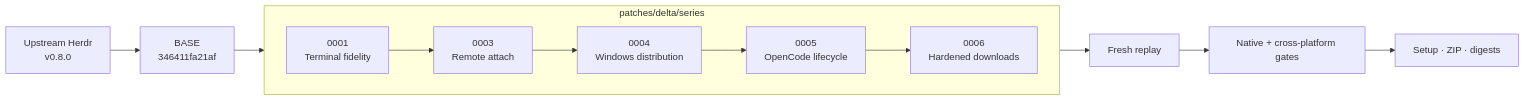
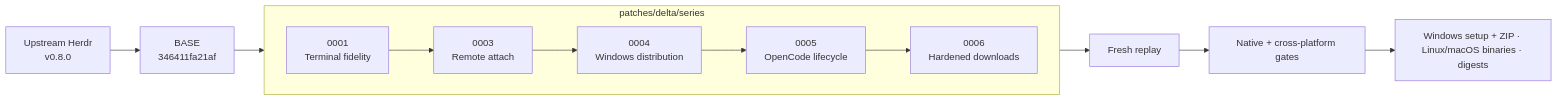
One commit to hdosys/herdr-win changed the diagram in README.md. Above: the diagram before and after it, drawn with Mermaid. The commit also changed other lines of this file and 2 other files, not shown here.

````diff
--- a/README.md
+++ b/README.md
@@ -50,17 +50,17 @@
 ```mermaid
 flowchart LR
     U["Upstream Herdr<br/>v0.8.0"] --> B["BASE<br/>346411fa21af"]
 
     subgraph Q["patches/delta/series"]
         direction LR
         P1["0001<br/>Terminal fidelity"] --> P3["0003<br/>Remote attach"]
         P3 --> P4["0004<br/>Windows distribution"]
         P4 --> P5["0005<br/>OpenCode lifecycle"]
         P5 --> P6["0006<br/>Hardened downloads"]
     end
 
     B --> P1
     P6 --> R["Fresh replay"]
     R --> G["Native + cross-platform gates"]
-    G --> A["Setup · ZIP · digests"]
+    G --> A["Windows setup + ZIP · Linux/macOS binaries · digests"]
 ```
````
